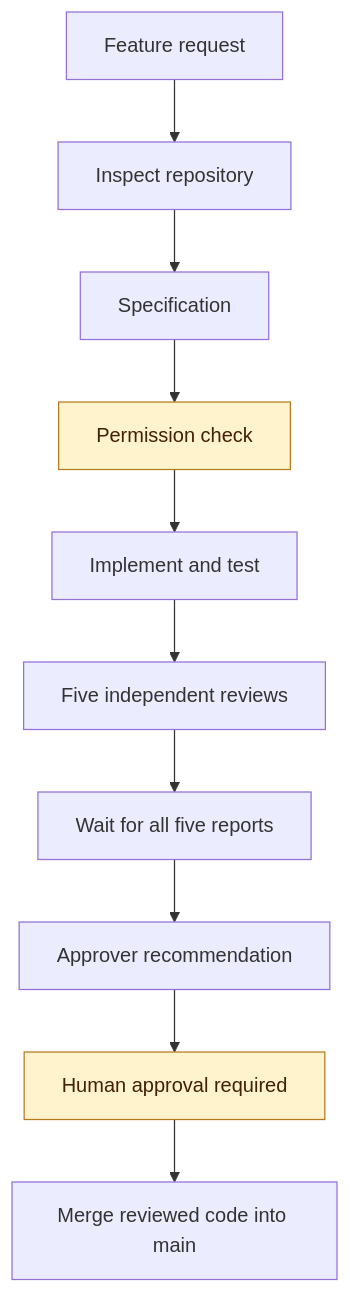
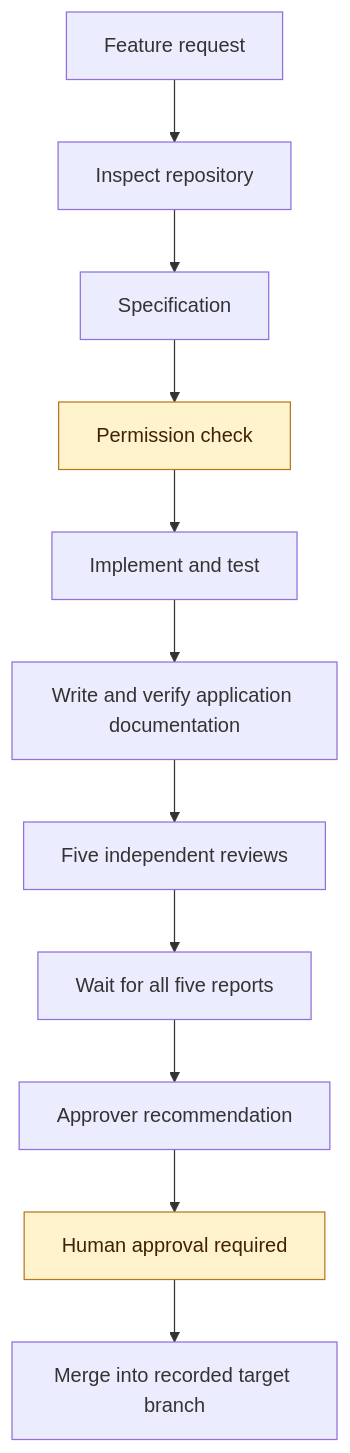
One commit to faiqfarooq/software-factory changed the first of 4 diagrams in software-factory/README.md. Above: the diagram before and after it, drawn with Mermaid. The commit also changed other lines of this file and 13 other files, not shown here.

````diff
--- a/software-factory/README.md
+++ b/software-factory/README.md
@@ -49,15 +85,16 @@
 ```mermaid
 flowchart TD
     Feature["Feature request"] --> Inspect["Inspect repository"]
     Inspect --> Spec["Specification"]
     Spec --> Permission["Permission check"]
     Permission --> Build["Implement and test"]
-    Build --> Reviews["Five independent reviews"]
+    Build --> Docs["Write and verify application documentation"]
+    Docs --> Reviews["Five independent reviews"]
     Reviews --> Wait["Wait for all five reports"]
     Wait --> Approver["Approver recommendation"]
     Approver --> Human["Human approval required"]
-    Human --> Merge["Merge reviewed code into main"]
+    Human --> Merge["Merge into recorded target branch"]
 
     classDef human fill:#fff3cd,stroke:#b7791f,color:#422006;
     class Permission,Human human;
 ```
````
